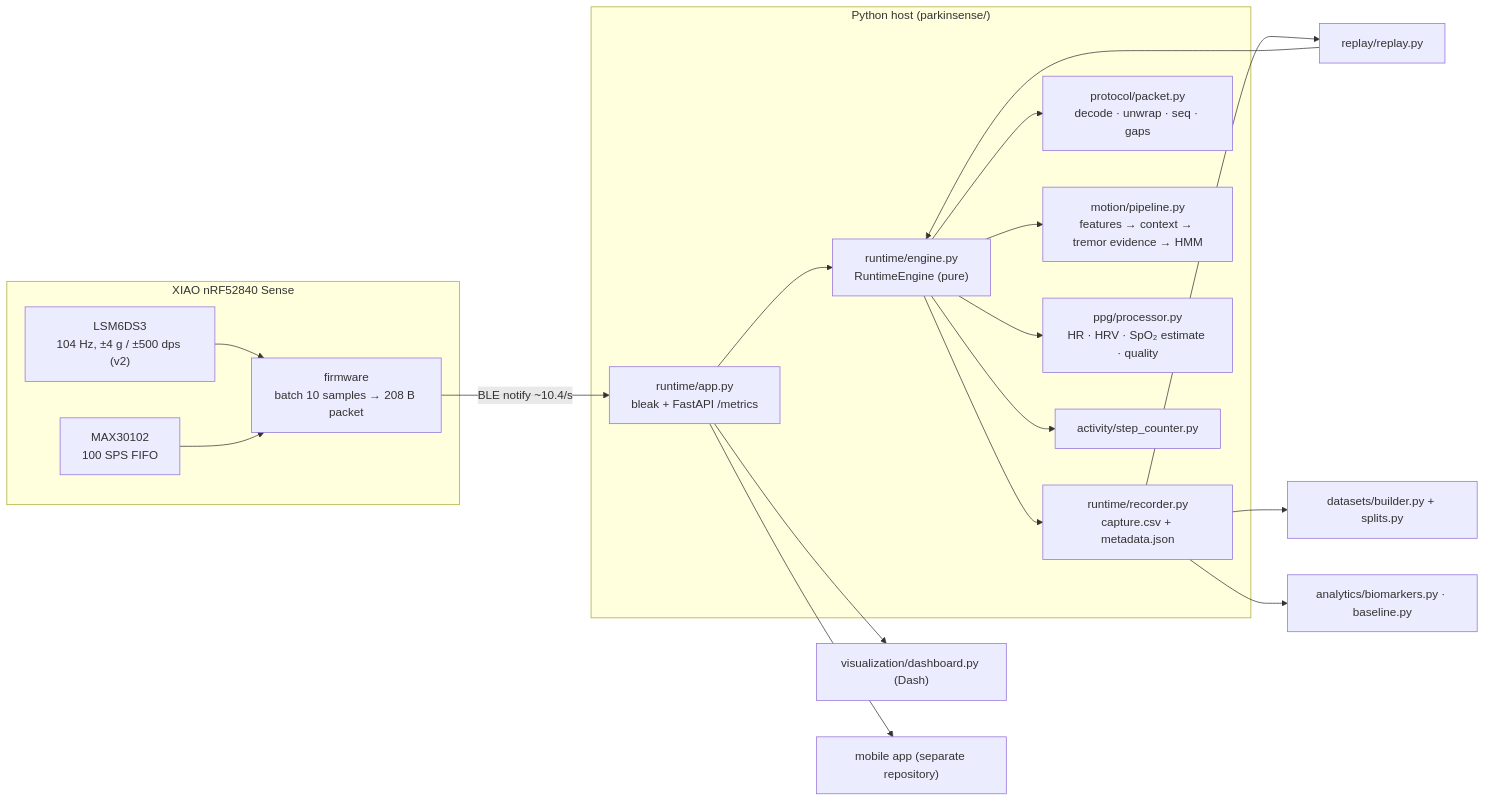
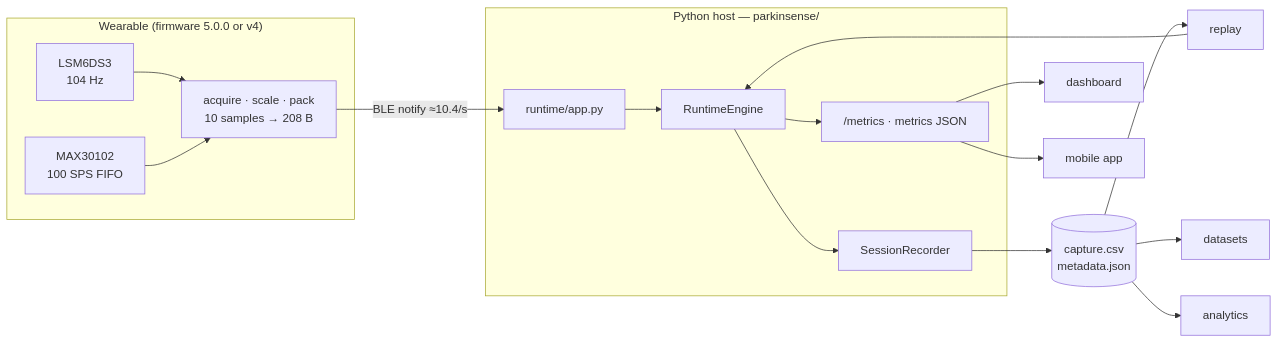
The first of 2 diagrams in docs/architecture/ARCHITECTURE.md (sudo-pranshu/ParkinSense), drawn with Mermaid before and after one commit. The commit also changed other lines of this file and 42 other files, not shown here.

````diff
--- a/docs/architecture/ARCHITECTURE.md
+++ b/docs/architecture/ARCHITECTURE.md
@@ -3,27 +14,19 @@
 ```mermaid
 flowchart LR
-  subgraph Wearable["XIAO nRF52840 Sense"]
-    IMU["LSM6DS3<br/>104 Hz, ±4 g / ±500 dps (v2)"]
-    PPG["MAX30102<br/>100 SPS FIFO"]
-    FW["firmware<br/>batch 10 samples → 208 B packet"]
-    IMU --> FW
-    PPG --> FW
+  subgraph Wearable["Wearable (firmware 5.0.0 or v4)"]
+    IMU["LSM6DS3<br/>104 Hz"] --> FW["acquire · scale · pack<br/>10 samples → 208 B"]
+    PPG["MAX30102<br/>100 SPS FIFO"] --> FW
   end
-  FW -- "BLE notify ~10.4/s" --> APP
-
-  subgraph Host["Python host (parkinsense/)"]
-    APP["runtime/app.py<br/>bleak + FastAPI /metrics"]
-    ENG["runtime/engine.py<br/>RuntimeEngine (pure)"]
-    REC["runtime/recorder.py<br/>capture.csv + metadata.json"]
-    APP --> ENG --> REC
-    ENG --> DEC["protocol/packet.py<br/>decode · unwrap · seq · gaps"]
-    ENG --> MP["motion/pipeline.py<br/>features → context → tremor evidence → HMM"]
-    ENG --> PP["ppg/processor.py<br/>HR · HRV · SpO₂ estimate · quality"]
-    ENG --> SC["activity/step_counter.py"]
+  FW -- "BLE notify ≈10.4/s" --> APP["runtime/app.py"]
+  subgraph Host["Python host — parkinsense/"]
+    APP --> ENG["RuntimeEngine"]
+    ENG --> REC["SessionRecorder"]
+    ENG --> API["/metrics · metrics JSON"]
   end
-  REC --> RP["replay/replay.py"] --> ENG
-  REC --> DS["datasets/builder.py + splits.py"]
-  REC --> AN["analytics/biomarkers.py · baseline.py"]
-  APP --> DASH["visualization/dashboard.py (Dash)"]
-  APP --> MOB["mobile app (separate repository)"]
+  REC --> CSV[("capture.csv<br/>metadata.json")]
+  CSV --> RP["replay"] --> ENG
+  CSV --> DS["datasets"]
+  CSV --> AN["analytics"]
+  API --> DASH["dashboard"]
+  API --> MOB["mobile app"]
 ```
````
